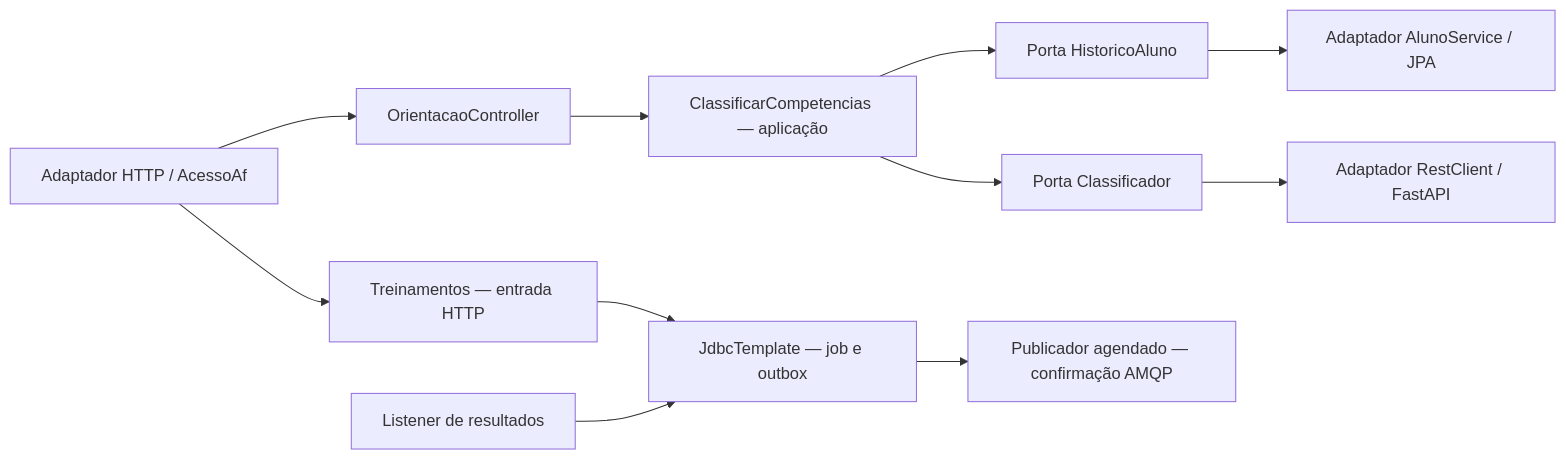
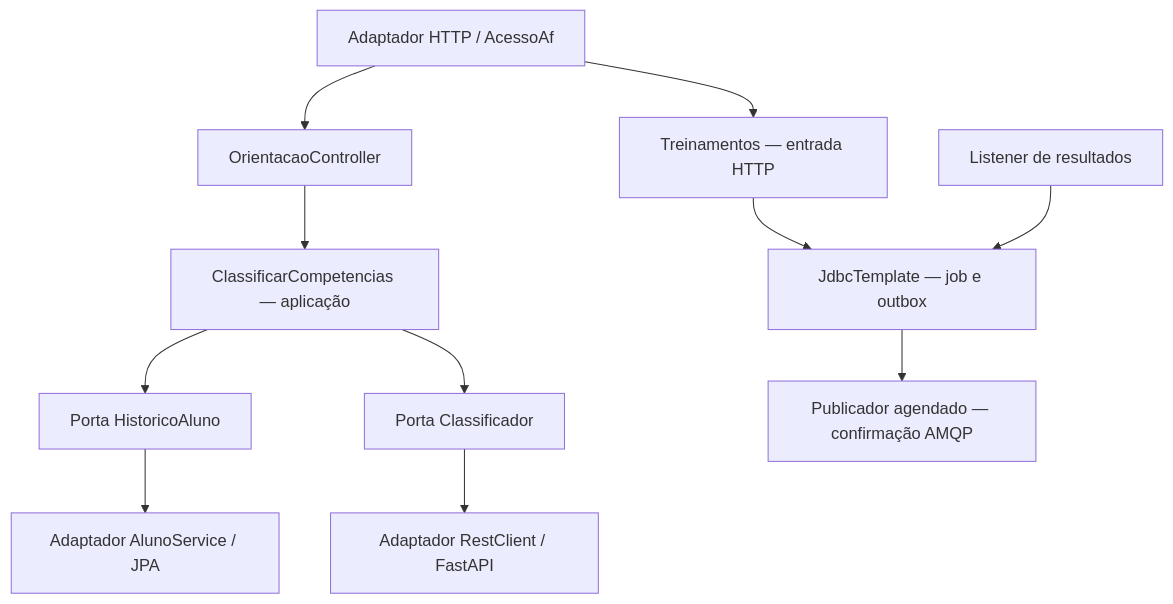
Before and after one commit to Gustavo-Champam/educacao-continuada-gamificada: the third of 7 diagrams in README.md, drawn with Mermaid. The commit also changed other lines of this file and 2 other files, not shown here.

````diff
--- a/README.md
+++ b/README.md
@@ -95,13 +72,13 @@
 ```mermaid
-flowchart LR
+flowchart TB
     H["Adaptador HTTP / AcessoAf"] --> O["OrientacaoController"]
     O --> U["ClassificarCompetencias — aplicação"]
     U --> HP["Porta HistoricoAluno"]
     U --> CP["Porta Classificador"]
     HP --> S["Adaptador AlunoService / JPA"]
     CP --> R["Adaptador RestClient / FastAPI"]
     H --> T["Treinamentos — entrada HTTP"]
     T --> DB["JdbcTemplate — job e outbox"]
     DB --> PUB["Publicador agendado — confirmação AMQP"]
     L["Listener de resultados"] --> DB
 ```
````
